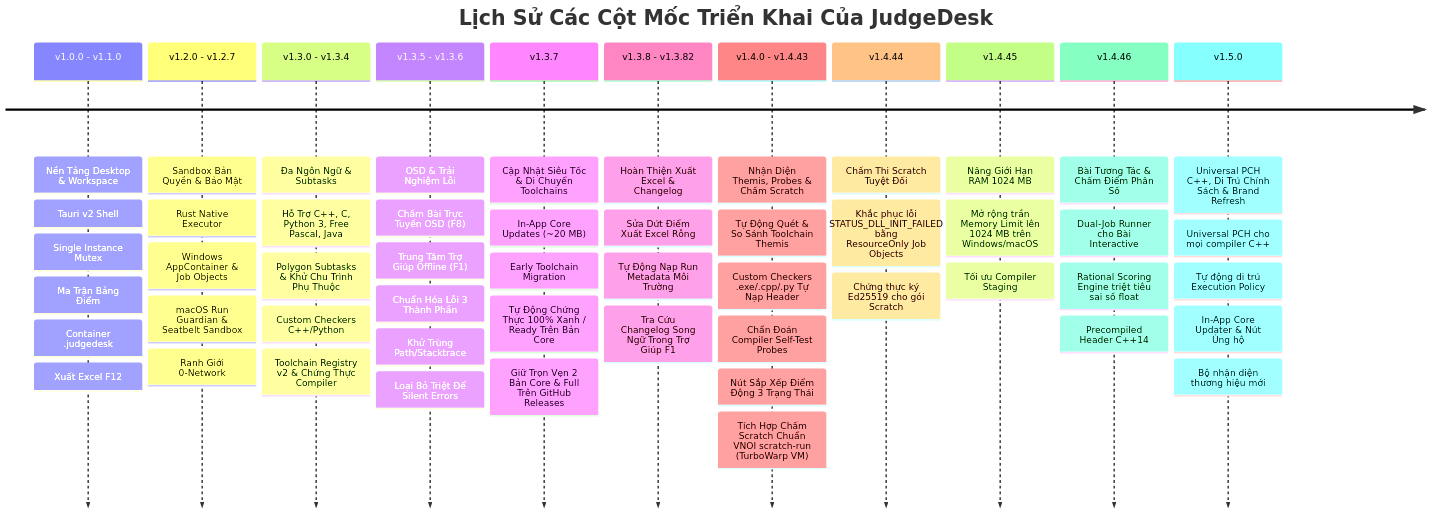
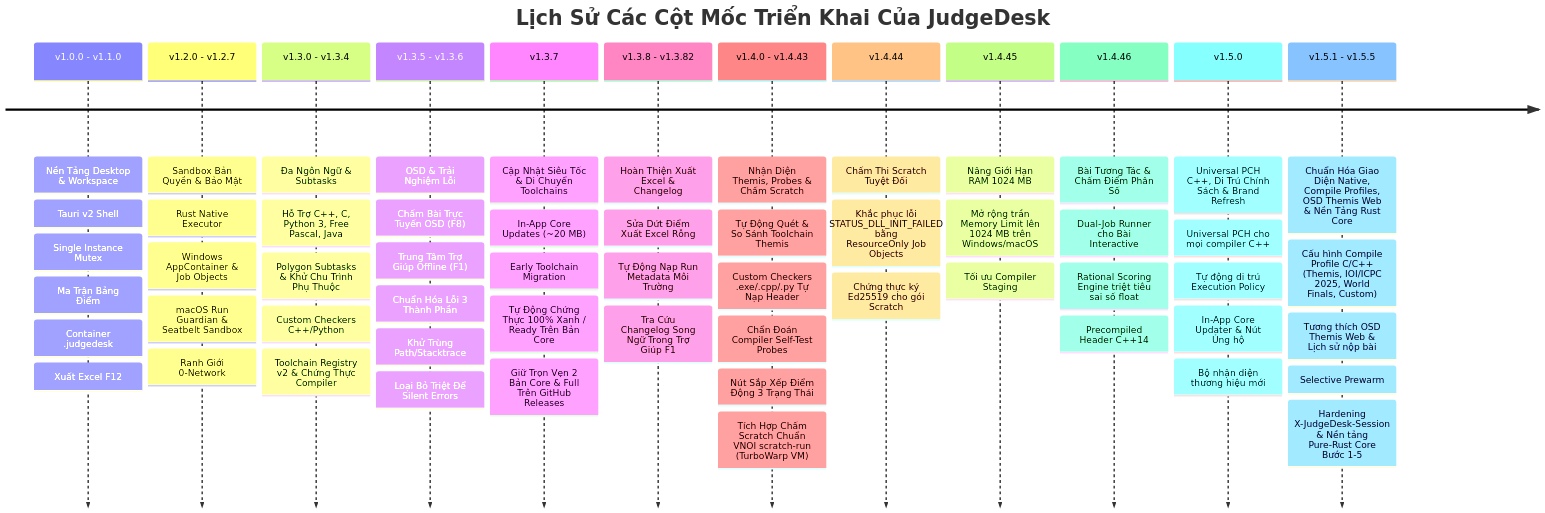
One commit to ducminh25/judgedesk-source changed the diagram in docs/IMPLEMENTATION_PLAN.md. Above: the diagram before and after it, drawn with Mermaid. The commit also changed other lines of this file and 262 other files, not shown here.

Commit message:
chore(release): v1.6.0 — Pure Rust Core, official Linux desktop support (.deb/.rpm/.AppImage) & cross-platform improvements

````diff
--- a/docs/IMPLEMENTATION_PLAN.md
+++ b/docs/IMPLEMENTATION_PLAN.md
@@ -15,15 +15,16 @@
 ```mermaid
 timeline
     title Lịch Sử Các Cột Mốc Triển Khai Của JudgeDesk
     v1.0.0 - v1.1.0 : Nền Tảng Desktop & Workspace : Tauri v2 Shell : Single Instance Mutex : Ma Trận Bảng Điểm : Container .judgedesk : Xuất Excel F12
     v1.2.0 - v1.2.7 : Sandbox Bản Quyền & Bảo Mật : Rust Native Executor : Windows AppContainer & Job Objects : macOS Run Guardian & Seatbelt Sandbox : Ranh Giới 0-Network
     v1.3.0 - v1.3.4 : Đa Ngôn Ngữ & Subtasks : Hỗ Trợ C++, C, Python 3, Free Pascal, Java : Polygon Subtasks & Khử Chu Trình Phụ Thuộc : Custom Checkers C++/Python : Toolchain Registry v2 & Chứng Thực Compiler
     v1.3.5 - v1.3.6 : OSD & Trải Nghiệm Lỗi : Chấm Bài Trực Tuyến OSD (F8) : Trung Tâm Trợ Giúp Offline (F1) : Chuẩn Hóa Lỗi 3 Thành Phần : Khử Trùng Path/Stacktrace : Loại Bỏ Triệt Để Silent Errors
     v1.3.7 : Cập Nhật Siêu Tốc & Di Chuyển Toolchains : In-App Core Updates (~20 MB) : Early Toolchain Migration : Tự Động Chứng Thực 100% Xanh / Ready Trên Bản Core : Giữ Trọn Vẹn 2 Bản Core & Full Trên GitHub Releases
     v1.3.8 - v1.3.82 : Hoàn Thiện Xuất Excel & Changelog : Sửa Dứt Điểm Xuất Excel Rỗng : Tự Động Nạp Run Metadata Môi Trường : Tra Cứu Changelog Song Ngữ Trong Trợ Giúp F1
     v1.4.0 - v1.4.43 : Nhận Diện Themis, Probes & Chấm Scratch : Tự Động Quét & So Sánh Toolchain Themis : Custom Checkers .exe/.cpp/.py Tự Nạp Header : Chẩn Đoán Compiler Self-Test Probes : Nút Sắp Xếp Điểm Động 3 Trạng Thái : Tích Hợp Chấm Scratch Chuẩn VNOI scratch-run (TurboWarp VM)
     v1.4.44 : Chấm Thi Scratch Tuyệt Đối : Khắc phục lỗi STATUS_DLL_INIT_FAILED bằng ResourceOnly Job Objects : Chứng thực ký Ed25519 cho gói Scratch
     v1.4.45 : Nâng Giới Hạn RAM 1024 MB : Mở rộng trần Memory Limit lên 1024 MB trên Windows/macOS : Tối ưu Compiler Staging
     v1.4.46 : Bài Tương Tác & Chấm Điểm Phân Số : Dual-Job Runner cho Bài Interactive : Rational Scoring Engine triệt tiêu sai số float : Precompiled Header C++14
     v1.5.0 : Universal PCH C++, Di Trú Chính Sách & Brand Refresh : Universal PCH cho mọi compiler C++ : Tự động di trú Execution Policy : In-App Core Updater & Nút Ủng hộ : Bộ nhận diện thương hiệu mới
+    v1.5.1 - v1.5.5 : Chuẩn Hóa Giao Diện Native, Compile Profiles, OSD Themis Web & Nền Tảng Rust Core : Cấu hình Compile Profile C/C++ (Themis, IOI/ICPC 2025, World Finals, Custom) : Tương thích OSD Themis Web & Lịch sử nộp bài : Selective Prewarm : Hardening X-JudgeDesk-Session & Nền tảng Pure-Rust Core Bước 1-5
 ```
````
